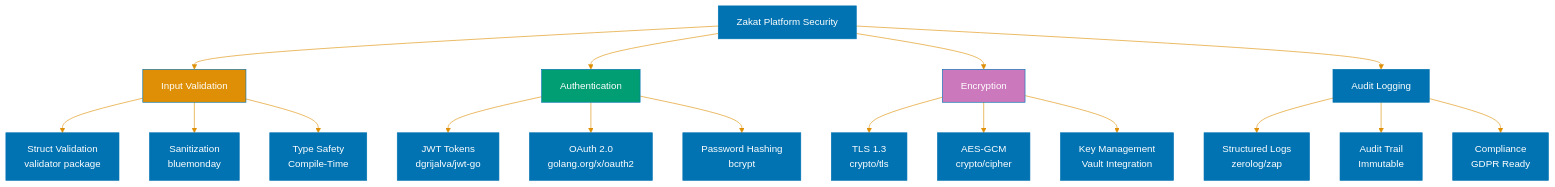
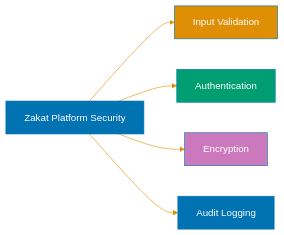
One commit to wahidyankf/open-sharia-enterprise changed the fifth of 7 diagrams in docs/explanation/software-engineering/programming-languages/golang/security-standards.md. Above: the diagram before and after it, drawn with Mermaid. The commit also changed other lines of this file and 11 other files, not shown here.

First line of the commit message:
fix(docs): fix mermaid violations in golang docs

````diff
--- a/docs/explanation/software-engineering/programming-languages/golang/security-standards.md
+++ b/docs/explanation/software-engineering/programming-languages/golang/security-standards.md
@@ -2807,30 +2813,14 @@
 ```mermaid
 %%{init: {'theme':'base', 'themeVariables': { 'primaryColor':'#0173B2','primaryTextColor':'#fff','primaryBorderColor':'#0173B2','lineColor':'#DE8F05','secondaryColor':'#029E73','tertiaryColor':'#CC78BC','fontSize':'16px'}}}%%
-flowchart TD
+flowchart LR
     A[Zakat Platform Security] --> B[Input Validation]
     A --> C[Authentication]
     A --> D[Encryption]
     A --> E[Audit Logging]
-
-    B --> B1[Struct Validation<br/>validator package]
-    B --> B2[Sanitization<br/>bluemonday]
-    B --> B3[Type Safety<br/>Compile-Time]
-
-    C --> C1[JWT Tokens<br/>dgrijalva/jwt-go]
-    C --> C2[OAuth 2.0<br/>golang.org/x/oauth2]
-    C --> C3[Password Hashing<br/>bcrypt]
-
-    D --> D1[TLS 1.3<br/>crypto/tls]
-    D --> D2[AES-GCM<br/>crypto/cipher]
-    D --> D3[Key Management<br/>Vault Integration]
-
-    E --> E1[Structured Logs<br/>zerolog/zap]
-    E --> E2[Audit Trail<br/>Immutable]
-    E --> E3[Compliance<br/>GDPR Ready]
 
     style A fill:#0173B2,color:#fff
     style B fill:#DE8F05,color:#fff
     style C fill:#029E73,color:#fff
     style D fill:#CC78BC,color:#fff
     style E fill:#0173B2,color:#fff
 ```
````
